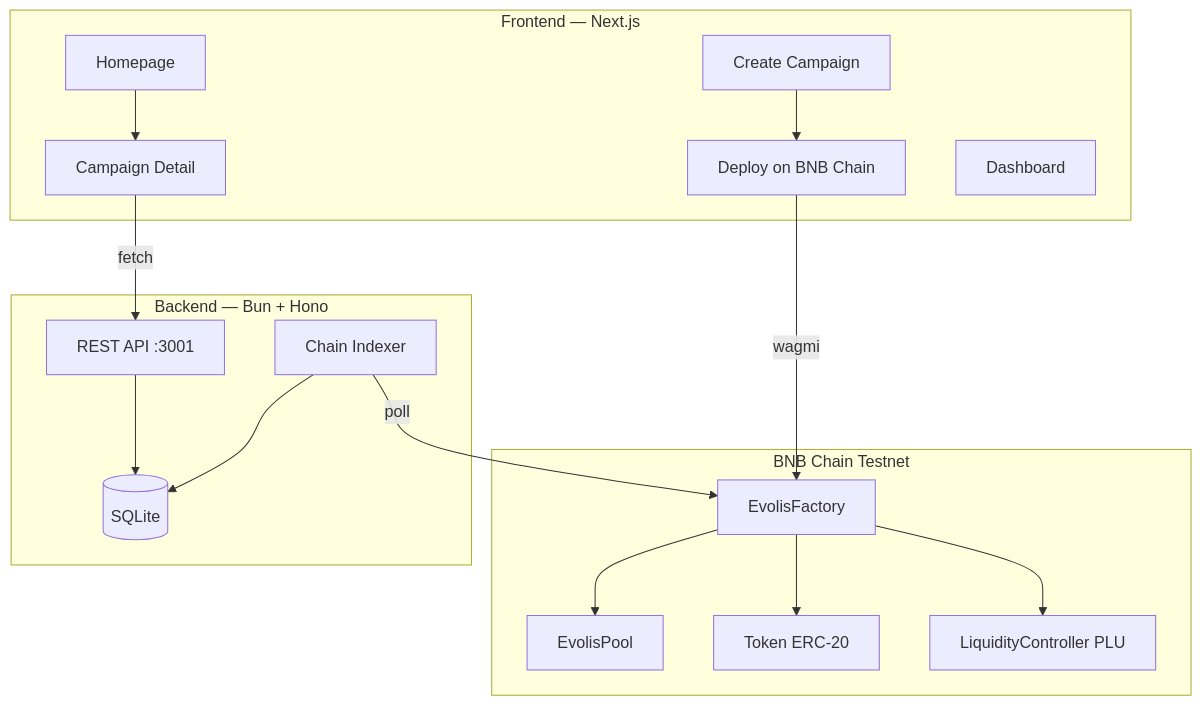
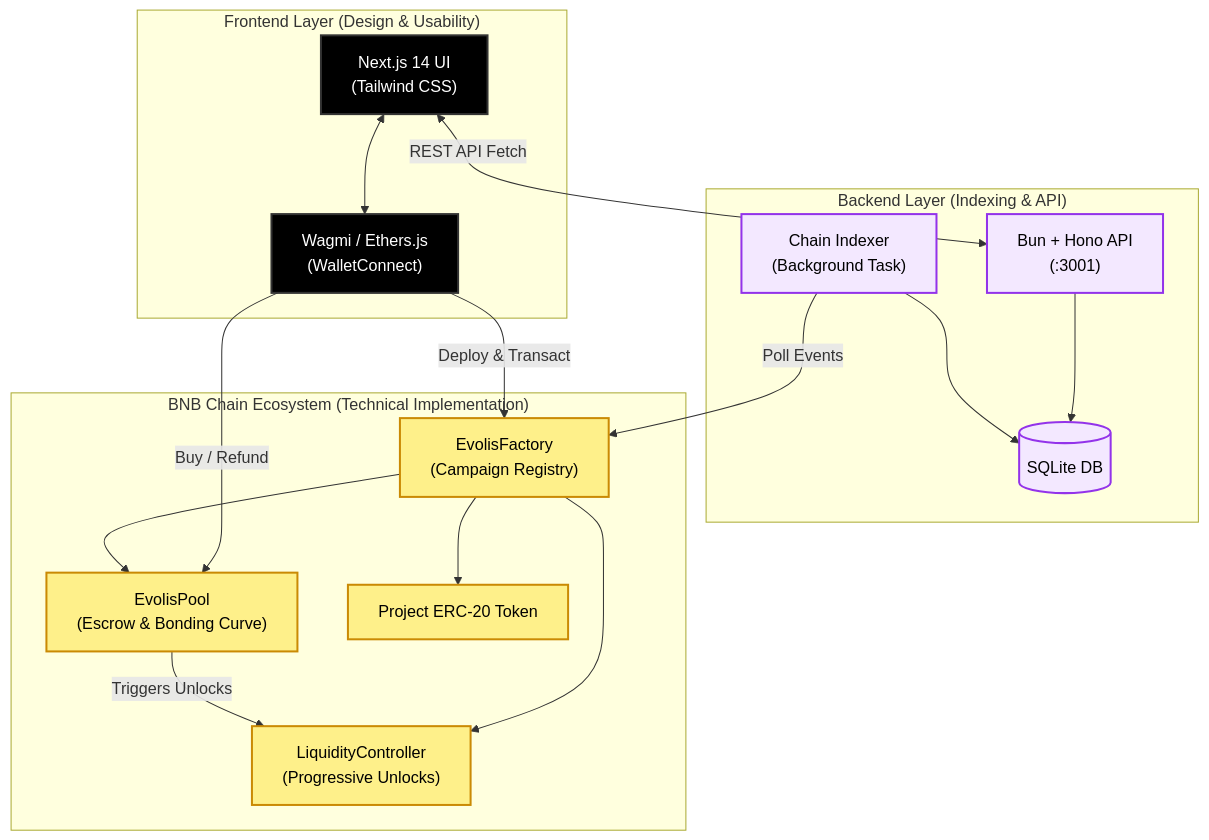
The second of 2 diagrams in README.md (ShauryaKesarwani/Evolis), drawn with Mermaid before and after one commit. The commit also changed other lines of this file and 3 other files, not shown here.

````diff
--- a/README.md
+++ b/README.md
@@ -42,30 +77,41 @@
 ```mermaid
 graph TD
-    subgraph "Frontend — Next.js"
-        HOME["Homepage"] --> DETAIL["Campaign Detail"]
-        CREATE["Create Campaign"] --> DEPLOY["Deploy on BNB Chain"]
-        DASH["Dashboard"]
+    %% Styling
+    classDef frontend fill:#000,stroke:#333,stroke-width:2px,color:#fff
+    classDef backend fill:#f3e8ff,stroke:#9333ea,stroke-width:2px,color:#000
+    classDef contract fill:#fef08a,stroke:#ca8a04,stroke-width:2px,color:#000
+
+    %% Frontend Layer
+    subgraph "Frontend Layer (Design & Usability)"
+        UI["Next.js 14 UI<br/>(Tailwind CSS)"]:::frontend
+        Wagmi["Wagmi / Ethers.js<br/>(WalletConnect)"]:::frontend
+        UI <--> Wagmi
     end
 
-    subgraph "Backend — Bun + Hono"
-        API["REST API :3001"]
-        IDX["Chain Indexer"]
-        DB[(SQLite)]
-        API --> DB
-        IDX --> DB
+    %% Backend Layer
+    subgraph "Backend Layer (Indexing & API)"
+        Hono["Bun + Hono API<br/>(:3001)"]:::backend
+        Scanner["Chain Indexer<br/>(Background Task)"]:::backend
+        DB[(SQLite DB)]:::backend
+        Hono --> DB
+        Scanner --> DB
     end
 
-    subgraph "BNB Chain Testnet"
-        FACTORY["EvolisFactory"]
-        POOL["EvolisPool"]
-        TOKEN["Token ERC-20"]
-        CTRL["LiquidityController PLU"]
+    %% Smart Contracts
+    subgraph "BNB Chain Ecosystem (Technical Implementation)"
+        Factory["EvolisFactory<br/>(Campaign Registry)"]:::contract
+        Pool["EvolisPool<br/>(Escrow & Bonding Curve)"]:::contract
+        Token["Project ERC-20 Token"]:::contract
+        PLU["LiquidityController<br/>(Progressive Unlocks)"]:::contract
     end
 
-    DEPLOY --> |wagmi| FACTORY
-    DETAIL --> |fetch| API
-    IDX --> |poll| FACTORY
-    FACTORY --> POOL
-    FACTORY --> TOKEN
-    FACTORY --> CTRL
+    %% Connections
+    UI <-->|REST API Fetch| Hono
+    Scanner -->|Poll Events| Factory
+    Wagmi -->|Deploy & Transact| Factory
+    Wagmi -->|Buy / Refund| Pool
+    Factory --> Pool
+    Factory --> Token
+    Factory --> PLU
+    Pool -->|Triggers Unlocks| PLU
 ```
````
